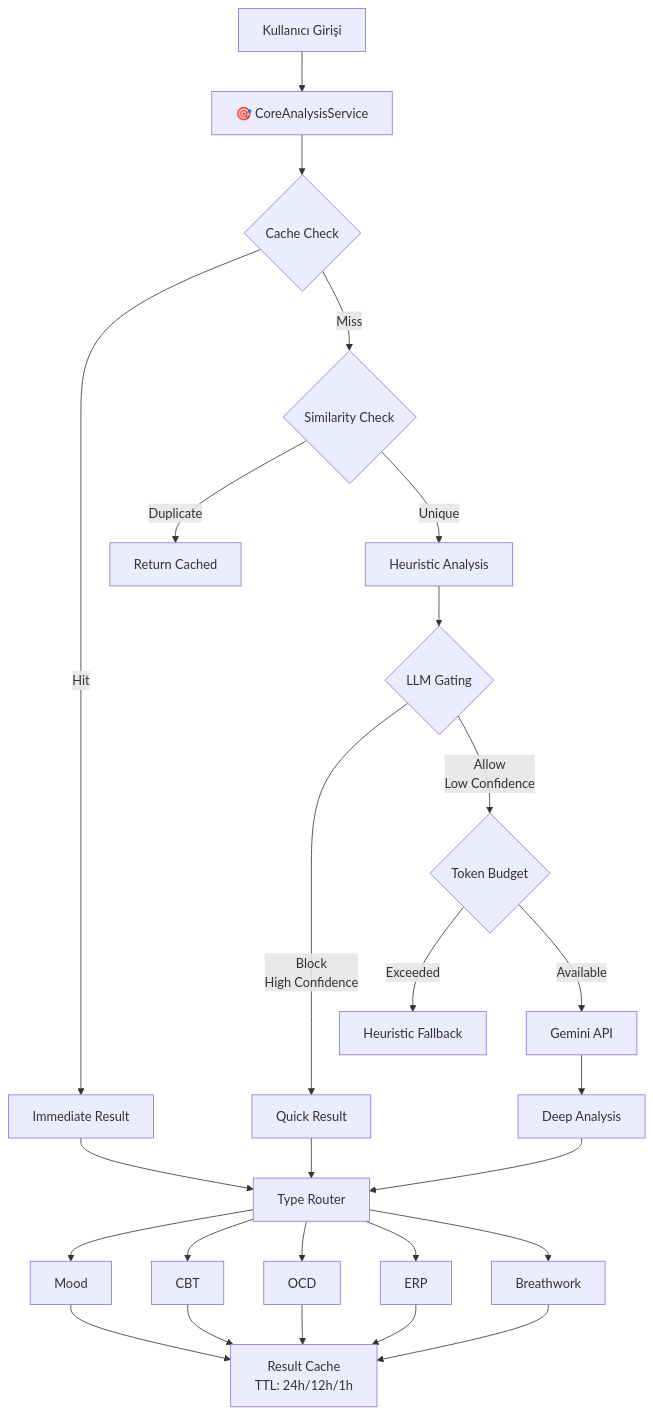
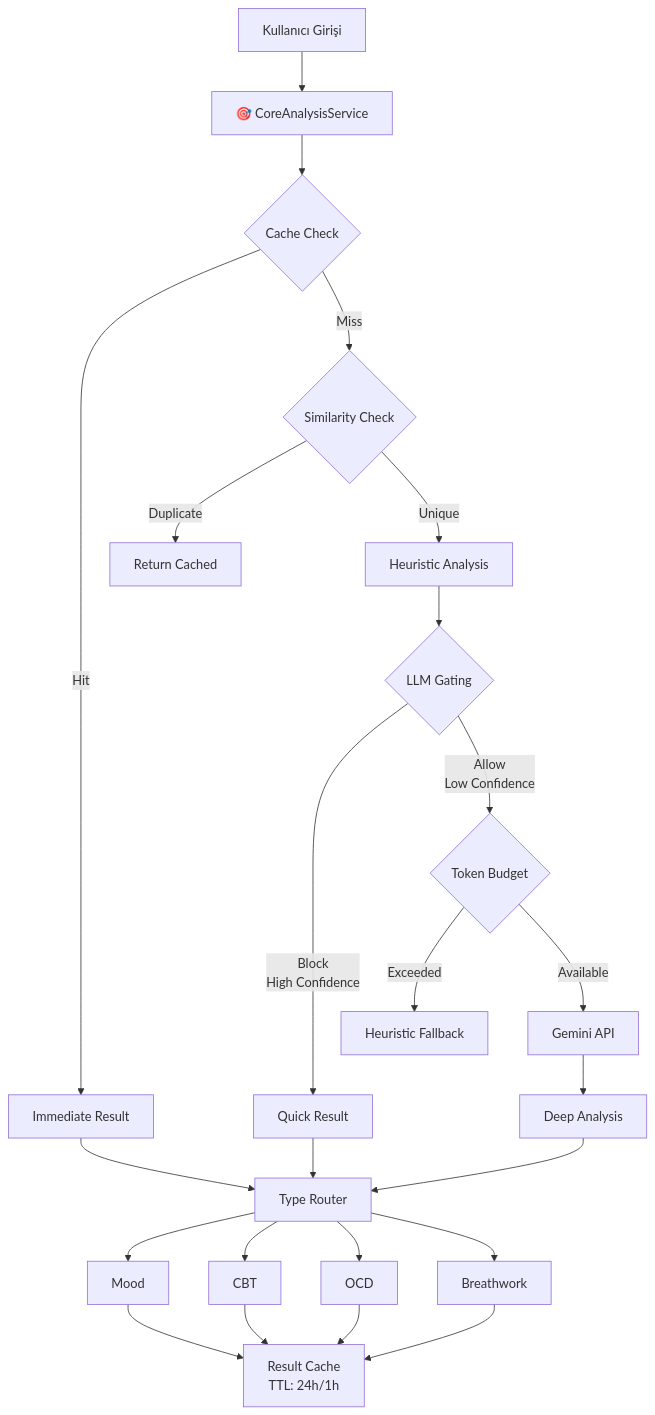
One commit to adilyoltay/obsessless-mobile-app changed the diagram in docs/AI_COMPLETE_FLOW_ANALYSIS.md. Above: the diagram before and after it, drawn with Mermaid. The commit also changed other lines of this file and 3 other files, not shown here.

````diff
--- a/docs/AI_COMPLETE_FLOW_ANALYSIS.md
+++ b/docs/AI_COMPLETE_FLOW_ANALYSIS.md
@@ -51,36 +51,34 @@
 ```mermaid
 graph TB
     User[Kullanıcı Girişi] --> CAS[🎯 CoreAnalysisService]
     
     CAS --> CACHE{Cache Check}
     CACHE -->|Hit| IMMEDIATE[Immediate Result]
     CACHE -->|Miss| DEDUP{Similarity Check}
     
     DEDUP -->|Duplicate| CACHED[Return Cached]
     DEDUP -->|Unique| HEUR[Heuristic Analysis]
     
     HEUR --> GATE{LLM Gating}
     GATE -->|Block<br/>High Confidence| QUICK[Quick Result]
     GATE -->|Allow<br/>Low Confidence| BUDGET{Token Budget}
     
     BUDGET -->|Exceeded| FALLBACK[Heuristic Fallback]
     BUDGET -->|Available| LLM[Gemini API]
     
     LLM --> DEEP[Deep Analysis]
     
     QUICK --> ROUTER[Type Router]
     DEEP --> ROUTER
     IMMEDIATE --> ROUTER
     
     ROUTER --> MOOD[Mood]
     ROUTER --> CBT[CBT]
     ROUTER --> OCD[OCD]
-    ROUTER --> ERP[ERP]
     ROUTER --> BREATH[Breathwork]
     
-    MOOD --> STORE[Result Cache<br/>TTL: 24h/12h/1h]
+    MOOD --> STORE[Result Cache<br/>TTL: 24h/1h]
     CBT --> STORE
     OCD --> STORE
-    ERP --> STORE
     BREATH --> STORE
 ```
````
